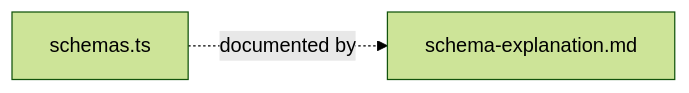
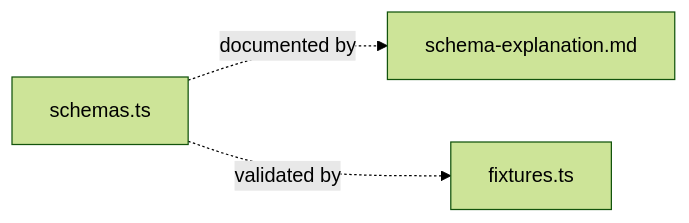
The diagram in score-post-llm-pipeline/v3-effect/index.md (paideia-ai/tech-doc-axiia), drawn with Mermaid (forest theme) before and after one commit. The commit also changed other lines of this file and 3 other files, not shown here.

First line of the commit message:
Effect schema v3: Schema.Class with derived getters, embed DimMap, add fixtures

````diff
--- a/score-post-llm-pipeline/v3-effect/index.md
+++ b/score-post-llm-pipeline/v3-effect/index.md
@@ -10,4 +11,5 @@
 ```mermaid
 graph LR
     S[schemas.ts] -. "documented by" .-> E[schema-explanation.md]
+    S -. "validated by" .-> F[fixtures.ts]
 ```
````
